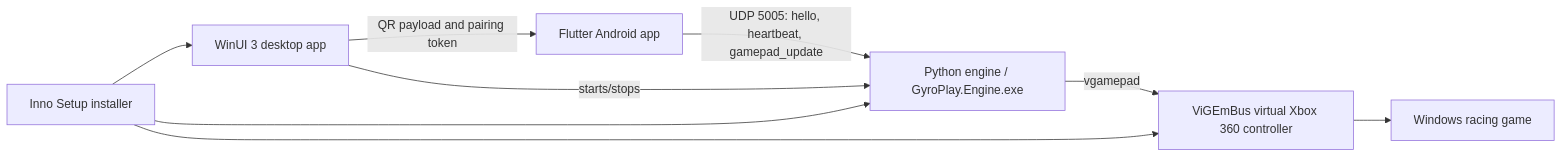
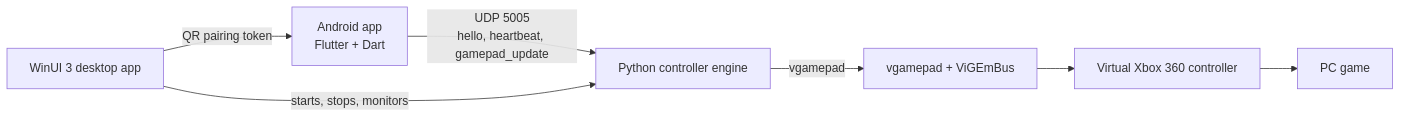
One commit to saiusesgithub/GyroPlay changed the diagram in README.md. Above: the diagram before and after it, drawn with Mermaid. The commit also changed other lines of this file and 9 other files, not shown here.

````diff
--- a/README.md
+++ b/README.md
@@ -20,11 +71,9 @@
 ```mermaid
 flowchart LR
-    Android[Flutter Android app] -->|UDP 5005: hello, heartbeat, gamepad_update| Engine[Python engine / GyroPlay.Engine.exe]
-    Engine -->|vgamepad| ViGEm[ViGEmBus virtual Xbox 360 controller]
-    ViGEm --> Game[Windows racing game]
-    Desktop[WinUI 3 desktop app] -->|starts/stops| Engine
-    Desktop -->|QR payload and pairing token| Android
-    Installer[Inno Setup installer] --> Desktop
-    Installer --> Engine
-    Installer --> ViGEm
+    Android[Android app<br/>Flutter + Dart] -->|UDP 5005<br/>hello, heartbeat, gamepad_update| Engine[Python controller engine]
+    Desktop[WinUI 3 desktop app] -->|starts, stops, monitors| Engine
+    Desktop -->|QR pairing token| Android
+    Engine -->|vgamepad| ViGEm[vgamepad + ViGEmBus]
+    ViGEm --> Xbox[Virtual Xbox 360 controller]
+    Xbox --> Game[PC game]
 ```
````
